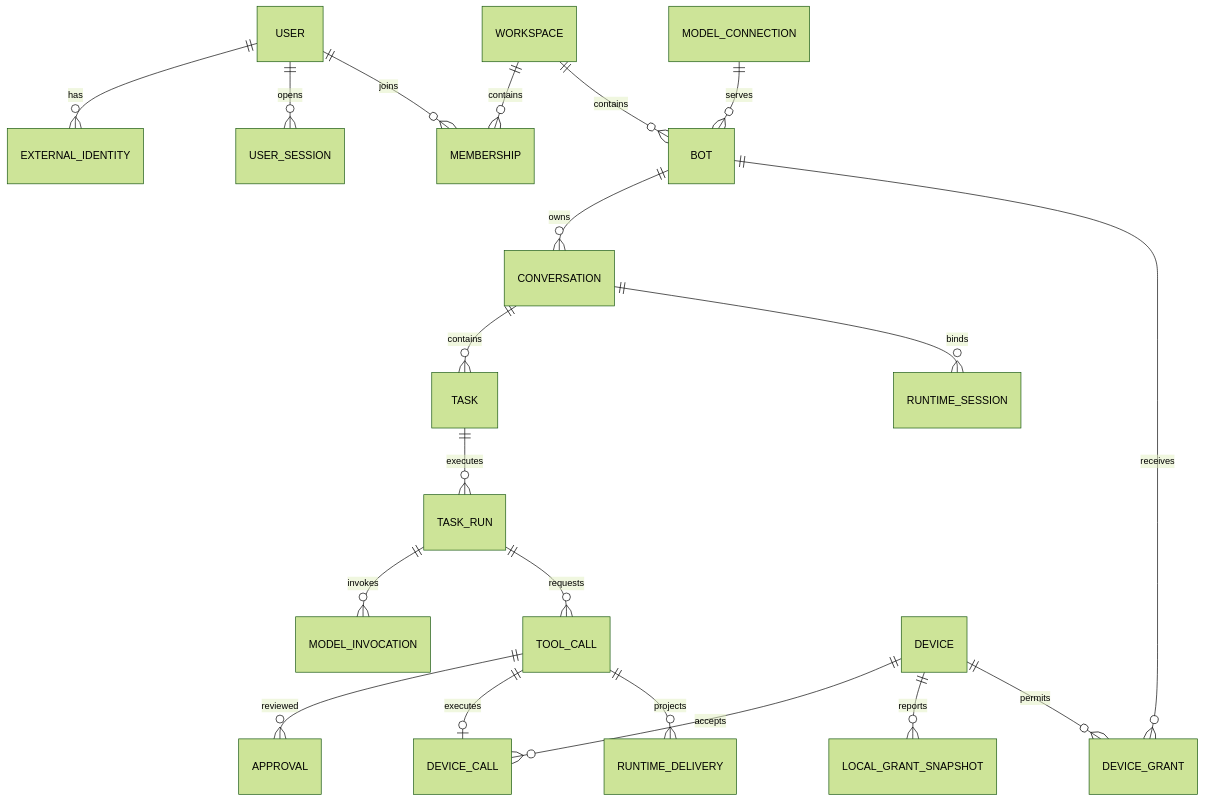
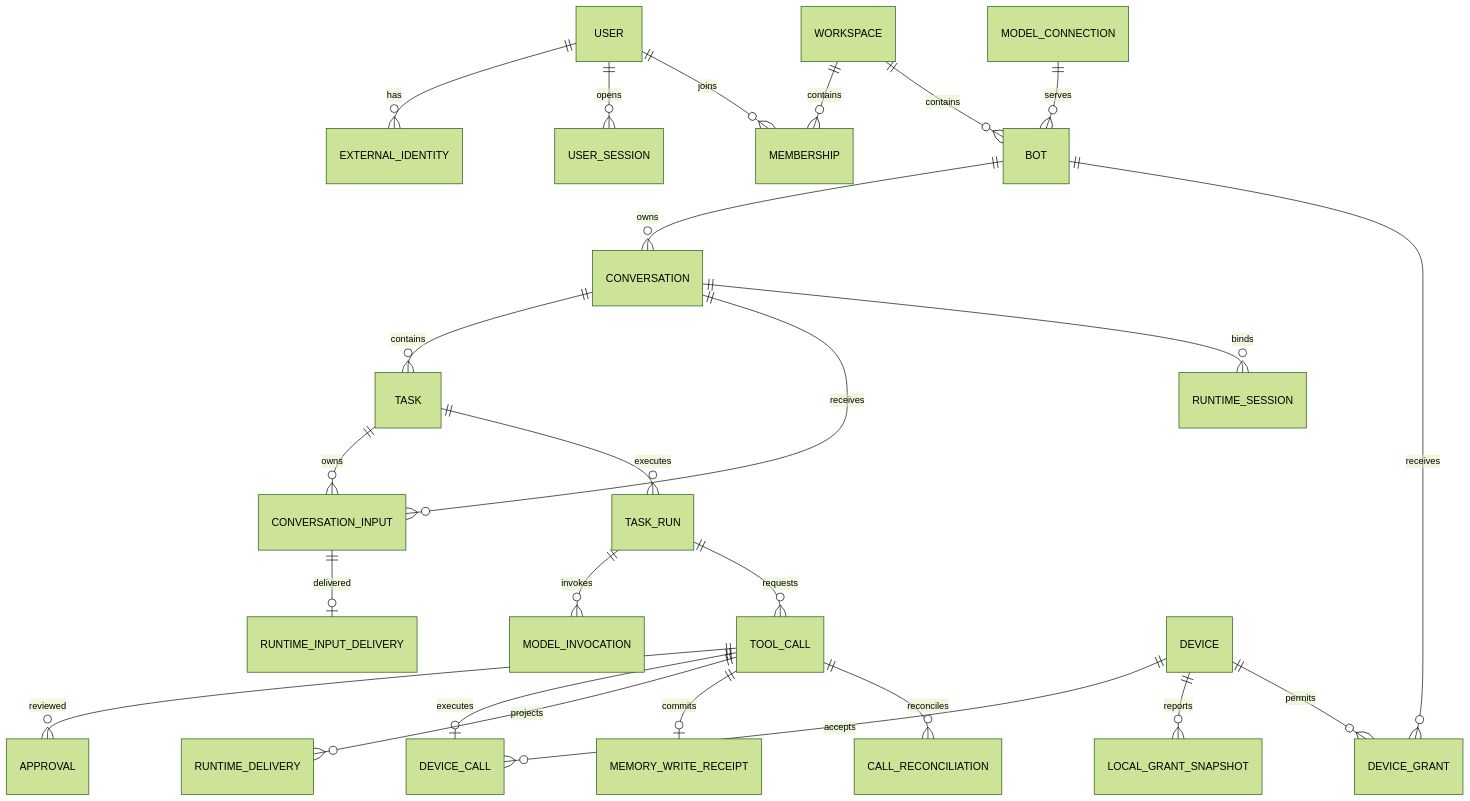
The second of 2 diagrams in docs/plans/2026-10-07-personal-ai-os-domain-model.md (DarrenHoo-10/nex_bot), drawn with Mermaid (forest theme) before and after one commit. The commit also changed other lines of this file and 64 other files, not shown here.

````diff
--- a/docs/plans/2026-10-07-personal-ai-os-domain-model.md
+++ b/docs/plans/2026-10-07-personal-ai-os-domain-model.md
@@ -247,22 +364,27 @@
 ```mermaid
 erDiagram
     USER ||--o{ EXTERNAL_IDENTITY : has
     USER ||--o{ USER_SESSION : opens
     WORKSPACE ||--o{ MEMBERSHIP : contains
     USER ||--o{ MEMBERSHIP : joins
     WORKSPACE ||--o{ BOT : contains
     MODEL_CONNECTION ||--o{ BOT : serves
     BOT ||--o{ CONVERSATION : owns
     CONVERSATION ||--o{ TASK : contains
+    CONVERSATION ||--o{ CONVERSATION_INPUT : receives
+    TASK ||--o{ CONVERSATION_INPUT : owns
+    CONVERSATION_INPUT ||--o| RUNTIME_INPUT_DELIVERY : delivered
     CONVERSATION ||--o{ RUNTIME_SESSION : binds
     TASK ||--o{ TASK_RUN : executes
     TASK_RUN ||--o{ MODEL_INVOCATION : invokes
     TASK_RUN ||--o{ TOOL_CALL : requests
     TOOL_CALL ||--o{ APPROVAL : reviewed
     TOOL_CALL ||--o| DEVICE_CALL : executes
     DEVICE ||--o{ DEVICE_CALL : accepts
     DEVICE ||--o{ LOCAL_GRANT_SNAPSHOT : reports
     DEVICE ||--o{ DEVICE_GRANT : permits
     BOT ||--o{ DEVICE_GRANT : receives
     TOOL_CALL ||--o{ RUNTIME_DELIVERY : projects
+    TOOL_CALL ||--o| MEMORY_WRITE_RECEIPT : commits
+    TOOL_CALL ||--o{ CALL_RECONCILIATION : reconciles
 ```
````
